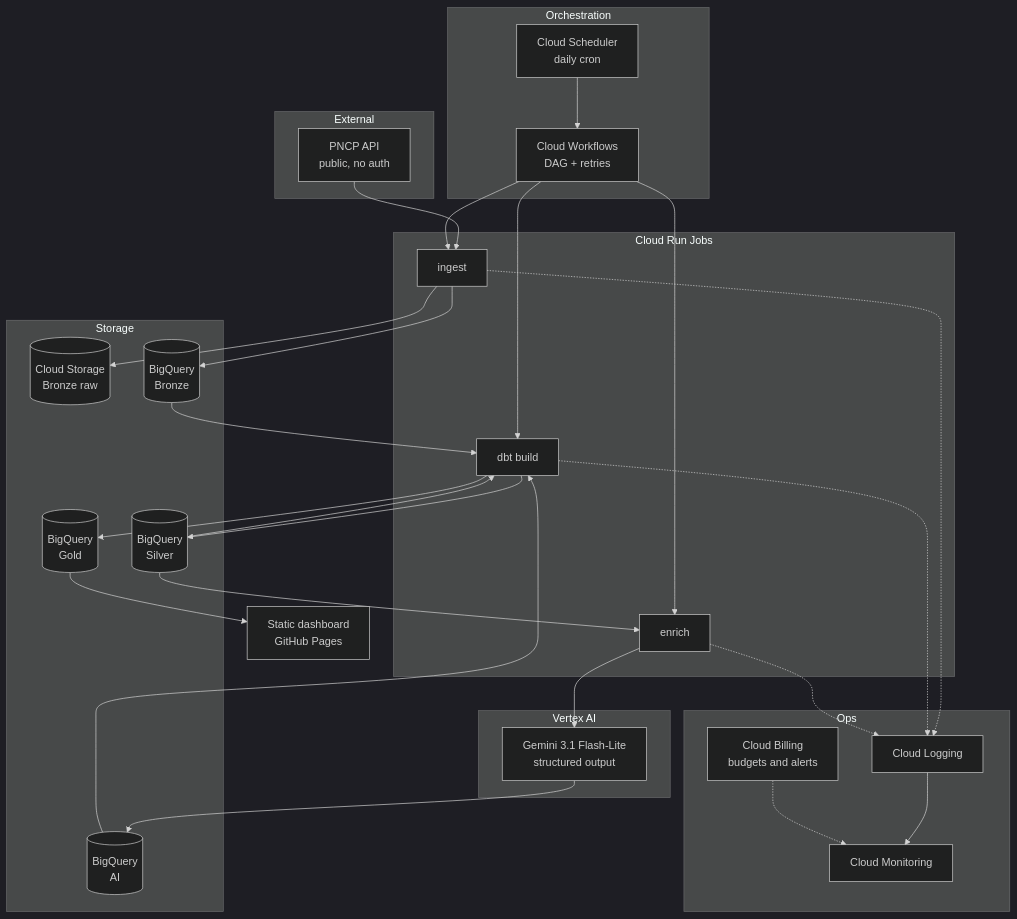
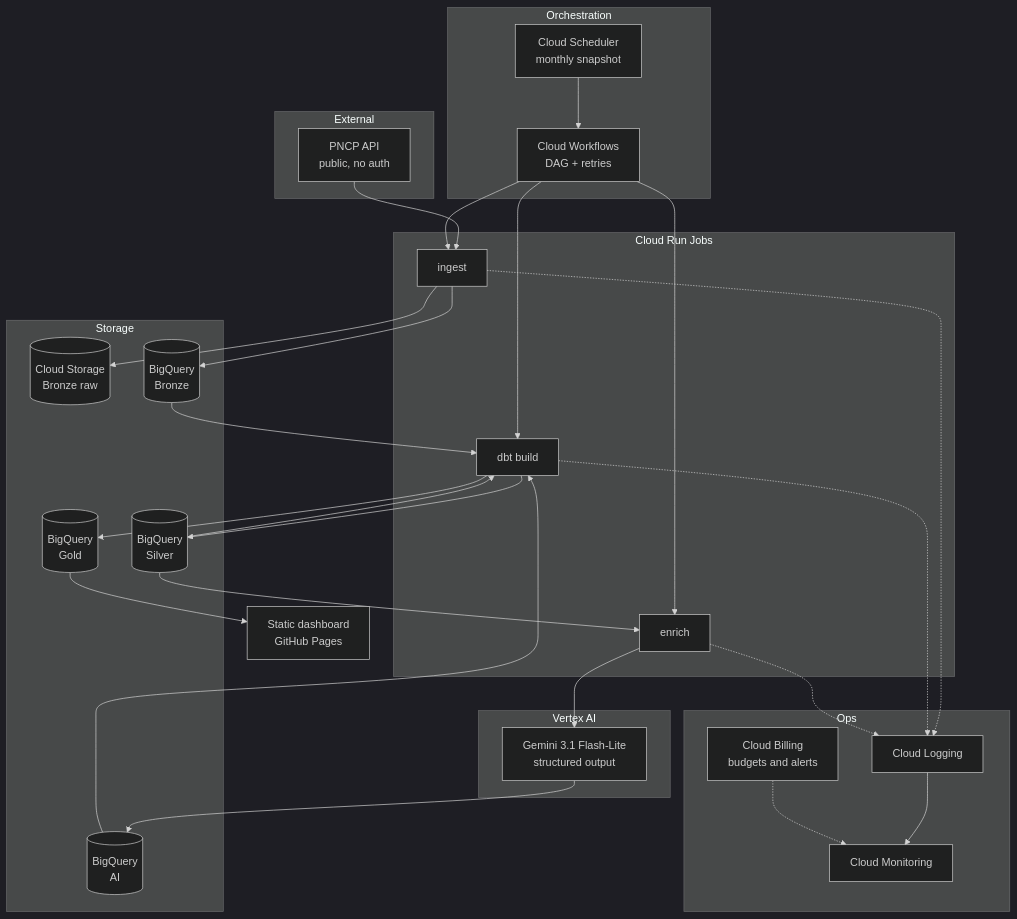
One commit to jmonteiroalves/pncp-data-pipeline changed the diagram in docs/architecture.md. Above: the diagram before and after it, drawn with Mermaid (dark theme). The commit also changed other lines of this file and 30 other files, not shown here.

````diff
--- a/docs/architecture.md
+++ b/docs/architecture.md
@@ -36,57 +36,57 @@
 ```mermaid
 flowchart TB
   subgraph External
     PNCP["PNCP API<br/>public, no auth"]
   end
 
   subgraph Orchestration
-    SCH["Cloud Scheduler<br/>daily cron"]
+    SCH["Cloud Scheduler<br/>monthly snapshot"]
     WF["Cloud Workflows<br/>DAG + retries"]
   end
 
   subgraph Compute["Cloud Run Jobs"]
     ING["ingest"]
     DBTJ["dbt build"]
     ENR["enrich"]
   end
 
   subgraph Storage
     GCS[("Cloud Storage<br/>Bronze raw")]
     BQB[("BigQuery<br/>Bronze")]
     BQS[("BigQuery<br/>Silver")]
     BQA[("BigQuery<br/>AI")]
     BQG[("BigQuery<br/>Gold")]
   end
 
   subgraph AI["Vertex AI"]
     GEM["Gemini 3.1 Flash-Lite<br/>structured output"]
   end
 
   subgraph Ops
     LOG["Cloud Logging"]
     MON["Cloud Monitoring"]
     BUD["Cloud Billing<br/>budgets and alerts"]
   end
 
   PNCP --> ING
   SCH --> WF
   WF --> ING
   WF --> DBTJ
   WF --> ENR
   ING --> GCS
   ING --> BQB
   BQB --> DBTJ
   DBTJ --> BQS
   BQS --> ENR
   ENR --> GEM
   GEM --> BQA
   BQS --> DBTJ
   BQA --> DBTJ
   DBTJ --> BQG
   BQG --> DASH["Static dashboard<br/>GitHub Pages"]
   ING -.-> LOG
   DBTJ -.-> LOG
   ENR -.-> LOG
   LOG --> MON
   BUD -.-> MON
 ```
````
